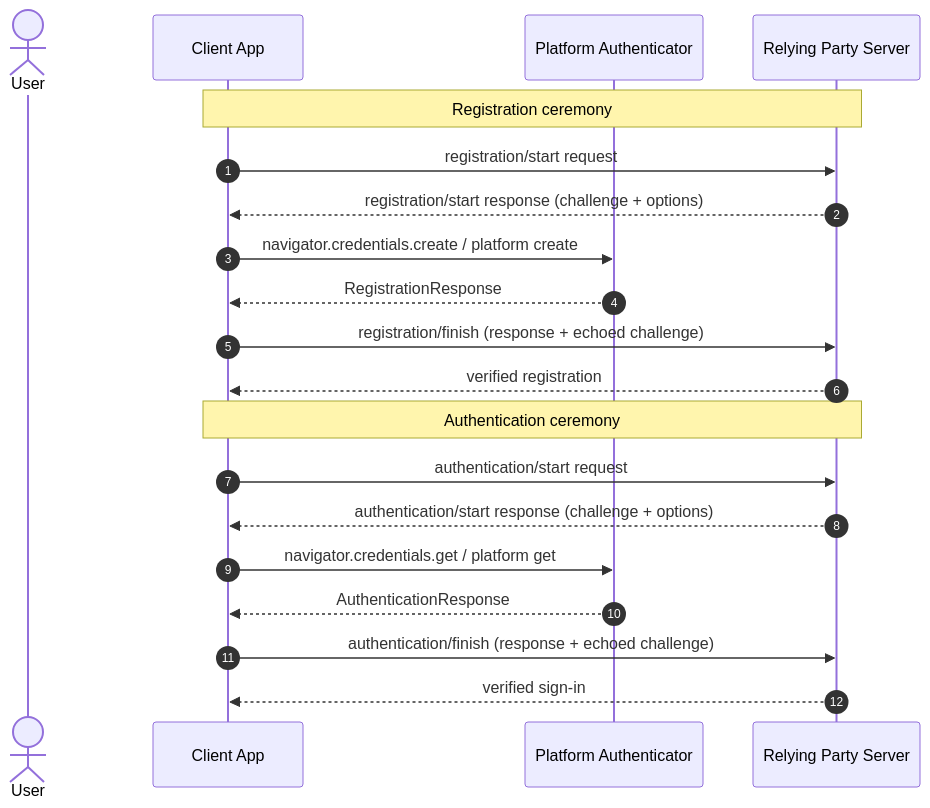
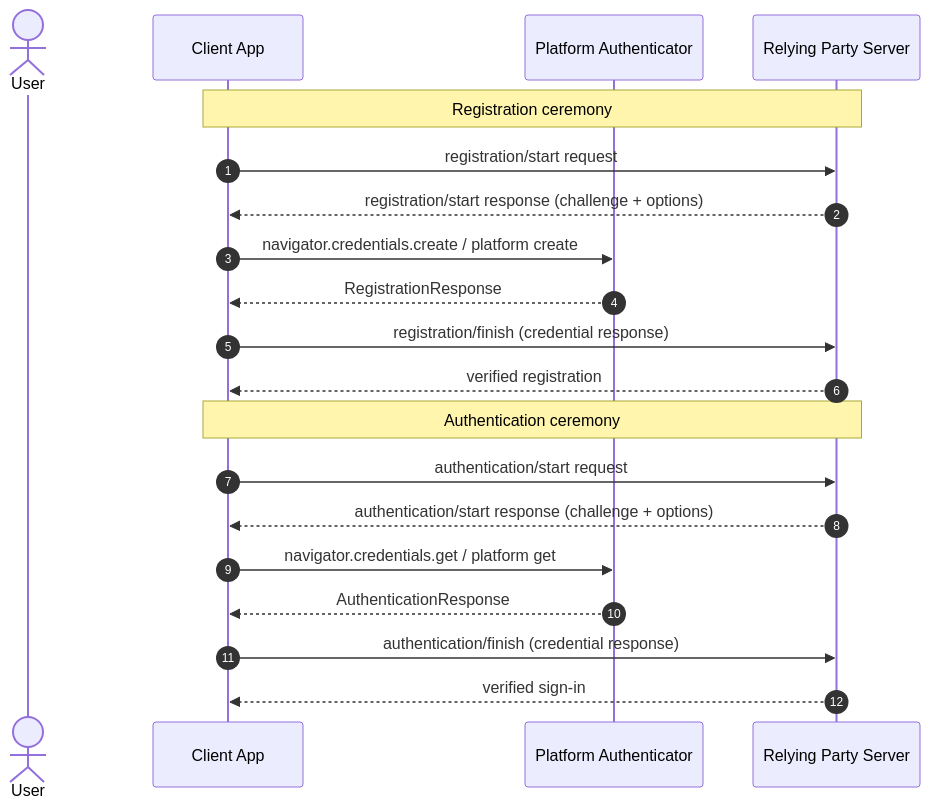
Before and after one commit to szijpeter/webauthn-kotlin-multiplatform: the first of 2 diagrams in README.md, drawn with Mermaid. The commit also changed other lines of this file and 11 other files, not shown here.

````diff
--- a/README.md
+++ b/README.md
@@ -50,24 +50,24 @@
 ```mermaid
 sequenceDiagram
     autonumber
     actor User
     participant App as Client App
     participant Auth as Platform Authenticator
     participant RP as Relying Party Server
 
     note over RP,App: Registration ceremony
     App->>RP: registration/start request
     RP-->>App: registration/start response (challenge + options)
     App->>Auth: navigator.credentials.create / platform create
     Auth-->>App: RegistrationResponse
-    App->>RP: registration/finish (response + echoed challenge)
+    App->>RP: registration/finish (credential response)
     RP-->>App: verified registration
 
     note over RP,App: Authentication ceremony
     App->>RP: authentication/start request
     RP-->>App: authentication/start response (challenge + options)
     App->>Auth: navigator.credentials.get / platform get
     Auth-->>App: AuthenticationResponse
-    App->>RP: authentication/finish (response + echoed challenge)
+    App->>RP: authentication/finish (credential response)
     RP-->>App: verified sign-in
 ```
````
